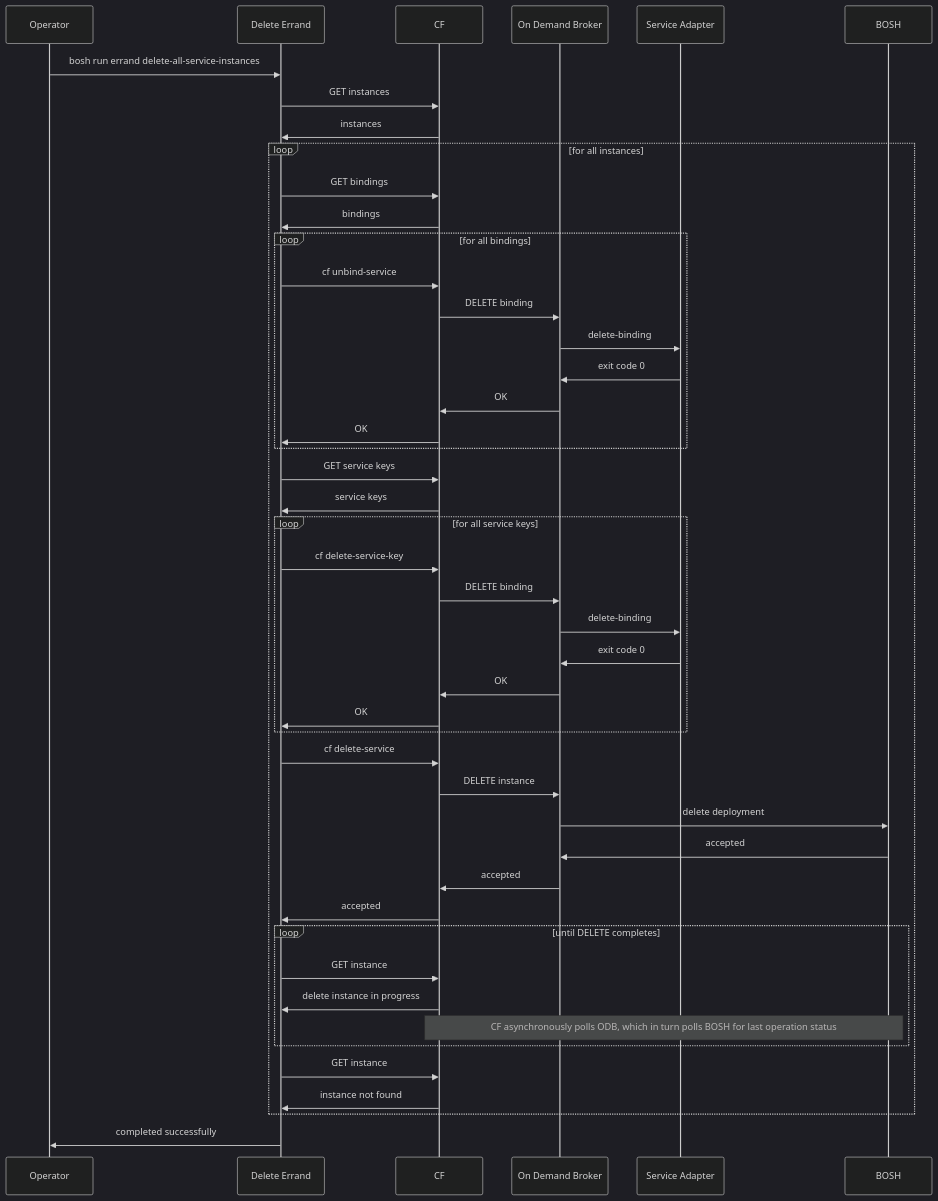
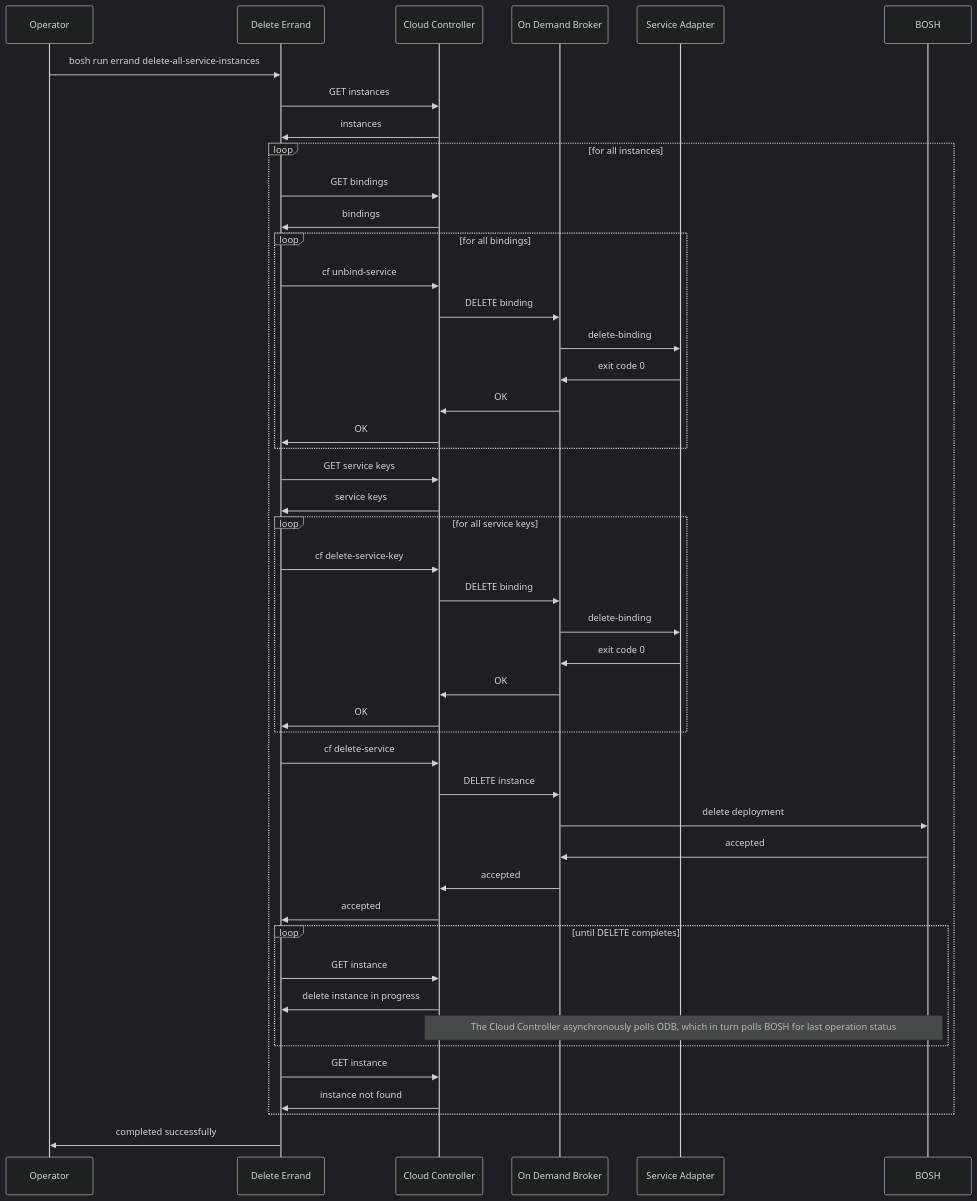
Before and after one commit to pivotal-cf/docs-on-demand-service-broker: the diagram in mmd/delete_all_instances_workflow.mmd, drawn with Mermaid (dark theme). The commit also changed 6 other files, not shown here.

Commit message:
Standardise terms in mermaid diagrams [#162307186]

```diff
--- a/mmd/delete_all_instances_workflow.mmd
+++ b/mmd/delete_all_instances_workflow.mmd
@@ -1,42 +1,42 @@
 <div class="mermaid">
 sequenceDiagram
   Operator->>Delete Errand:bosh run errand delete-all-service-instances
-  Delete Errand->>CF:GET instances
-  CF->>Delete Errand:instances
+  Delete Errand->>Cloud Controller:GET instances
+  Cloud Controller->>Delete Errand:instances
   loop for all instances
-    Delete Errand->>CF:GET bindings
-    CF->>Delete Errand:bindings
+    Delete Errand->>Cloud Controller:GET bindings
+    Cloud Controller->>Delete Errand:bindings
     loop for all bindings
-    Delete Errand->>CF:cf unbind-service
-      CF->>On Demand Broker: DELETE binding
+    Delete Errand->>Cloud Controller:cf unbind-service
+      Cloud Controller->>On Demand Broker: DELETE binding
       On Demand Broker->>Service Adapter:delete-binding
       Service Adapter->>On Demand Broker:exit code 0
-      On Demand Broker->>CF:OK
-      CF->>Delete Errand:OK
+      On Demand Broker->>Cloud Controller:OK
+      Cloud Controller->>Delete Errand:OK
     end
-    Delete Errand->>CF:GET service keys
-    CF->>Delete Errand:service keys
+    Delete Errand->>Cloud Controller:GET service keys
+    Cloud Controller->>Delete Errand:service keys
     loop for all service keys
-    Delete Errand->>CF:cf delete-service-key
-      CF->>On Demand Broker: DELETE binding
+    Delete Errand->>Cloud Controller:cf delete-service-key
+      Cloud Controller->>On Demand Broker: DELETE binding
       On Demand Broker->>Service Adapter:delete-binding
       Service Adapter->>On Demand Broker:exit code 0
-      On Demand Broker->>CF:OK
-      CF->>Delete Errand:OK
+      On Demand Broker->>Cloud Controller:OK
+      Cloud Controller->>Delete Errand:OK
     end
-    Delete Errand->>CF:cf delete-service
-    CF->>On Demand Broker:DELETE instance
+    Delete Errand->>Cloud Controller:cf delete-service
+    Cloud Controller->>On Demand Broker:DELETE instance
     On Demand Broker->>BOSH:delete deployment
     BOSH->>On Demand Broker:accepted
-    On Demand Broker->>CF:accepted
-    CF->>Delete Errand:accepted
+    On Demand Broker->>Cloud Controller:accepted
+    Cloud Controller->>Delete Errand:accepted
     loop until DELETE completes
-      Delete Errand->>CF:GET instance
-      CF->>Delete Errand:delete instance in progress
-      Note over CF,BOSH: CF asynchronously polls ODB, which in turn polls BOSH for last operation status
+      Delete Errand->>Cloud Controller:GET instance
+      Cloud Controller->>Delete Errand:delete instance in progress
+      Note over Cloud Controller,BOSH: The Cloud Controller asynchronously polls ODB, which in turn polls BOSH for last operation status
     end
-    Delete Errand->>CF:GET instance
-    CF->>Delete Errand:instance not found
+    Delete Errand->>Cloud Controller:GET instance
+    Cloud Controller->>Delete Errand:instance not found
   end
   Delete Errand->>Operator:completed successfully
 </div>
```
